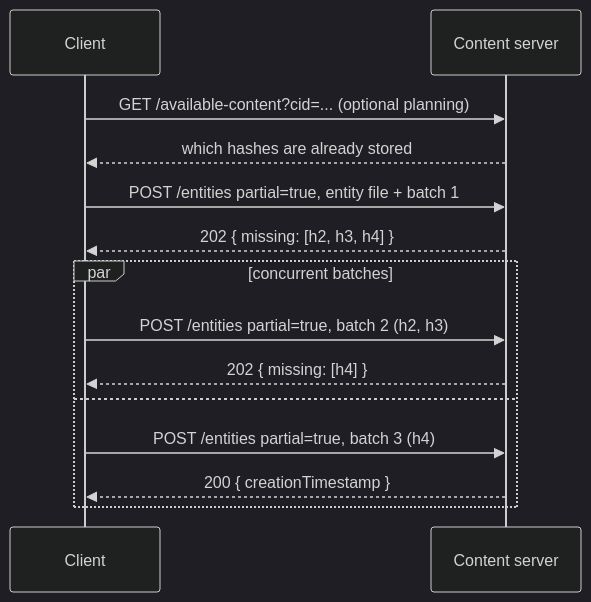
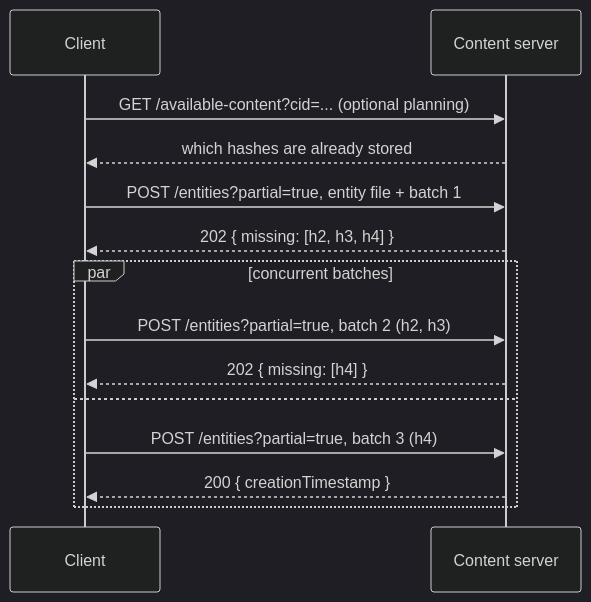
One commit to decentraland/adr changed the diagram in content/ADR-325-partial-deployments.md. Above: the diagram before and after it, drawn with Mermaid (dark theme). The commit also changed other lines of this file, not shown here.

First line of the commit message:
docs: declare partial batches with a query parameter

````diff
--- a/content/ADR-325-partial-deployments.md
+++ b/content/ADR-325-partial-deployments.md
@@ -92,16 +101,16 @@
 ```mermaid
 sequenceDiagram
     participant C as Client
     participant S as Content server
     C->>S: GET /available-content?cid=... (optional planning)
     S-->>C: which hashes are already stored
-    C->>S: POST /entities partial=true, entity file + batch 1
+    C->>S: POST /entities?partial=true, entity file + batch 1
     S-->>C: 202 { missing: [h2, h3, h4] }
     par concurrent batches
-        C->>S: POST /entities partial=true, batch 2 (h2, h3)
+        C->>S: POST /entities?partial=true, batch 2 (h2, h3)
         S-->>C: 202 { missing: [h4] }
     and
-        C->>S: POST /entities partial=true, batch 3 (h4)
+        C->>S: POST /entities?partial=true, batch 3 (h4)
         S-->>C: 200 { creationTimestamp }
     end
 ```
````
